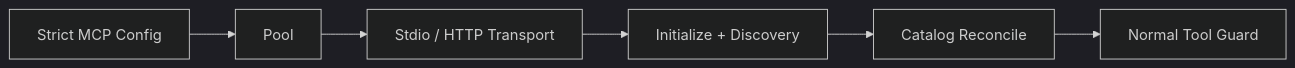
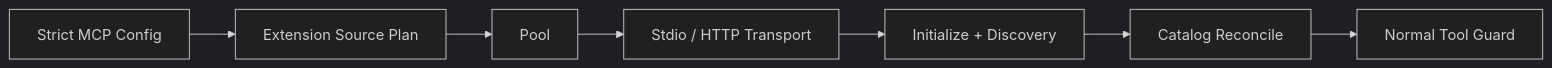
Before and after one commit to fwtllh-png/CodeHelper: the diagram in docs/book/zh-CN/11-extension-ecosystem/03-integrating-mcp.md, drawn with Mermaid (dark theme). The commit also changed other lines of this file and 314 other files, not shown here.

````diff
--- a/docs/book/zh-CN/11-extension-ecosystem/03-integrating-mcp.md
+++ b/docs/book/zh-CN/11-extension-ecosystem/03-integrating-mcp.md
@@ -36,8 +41,9 @@
 ```mermaid
 flowchart LR
-    C[Strict MCP Config] --> P[Pool]
+    C[Strict MCP Config] --> E[Extension Source Plan]
+    E --> P[Pool]
     P --> T[Stdio / HTTP Transport]
     T --> D[Initialize + Discovery]
     D --> R[Catalog Reconcile]
     R --> G[Normal Tool Guard]
 ```
````
